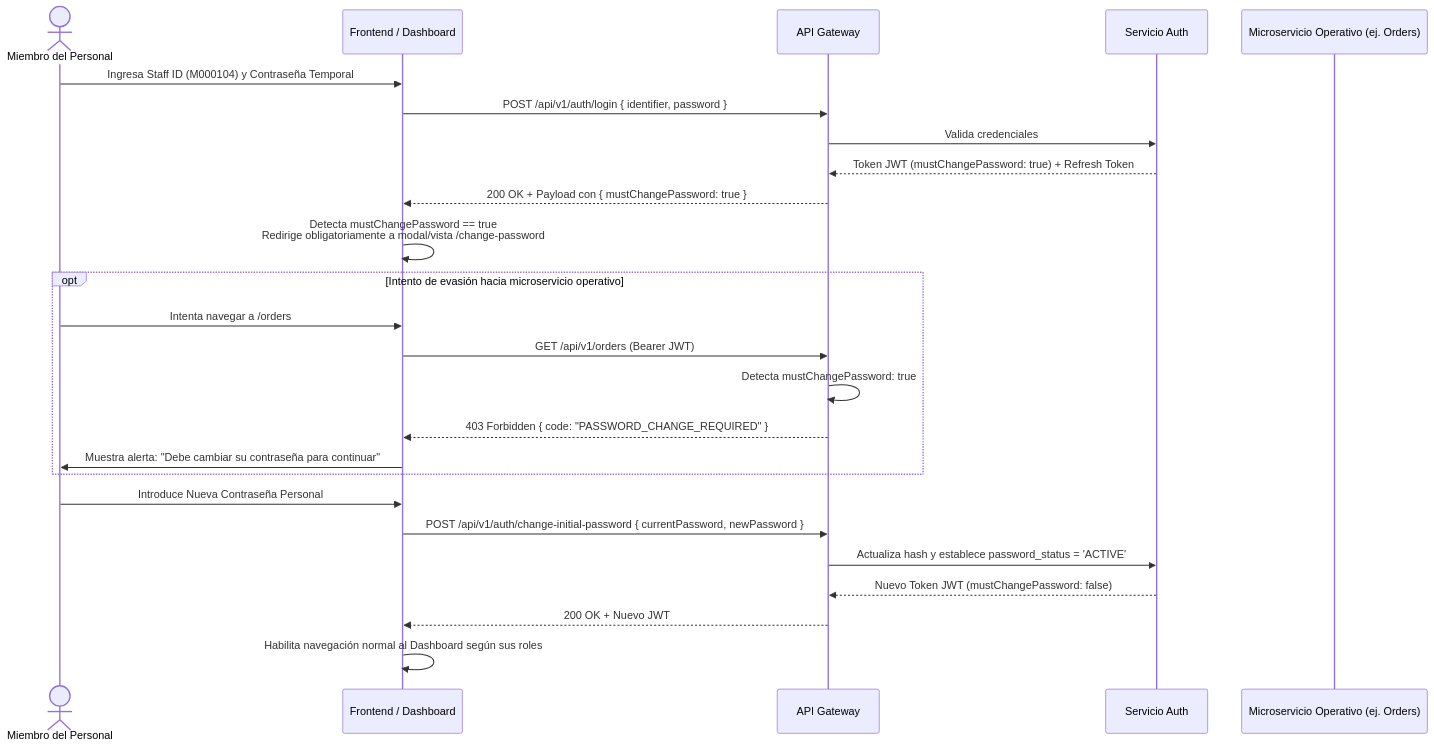
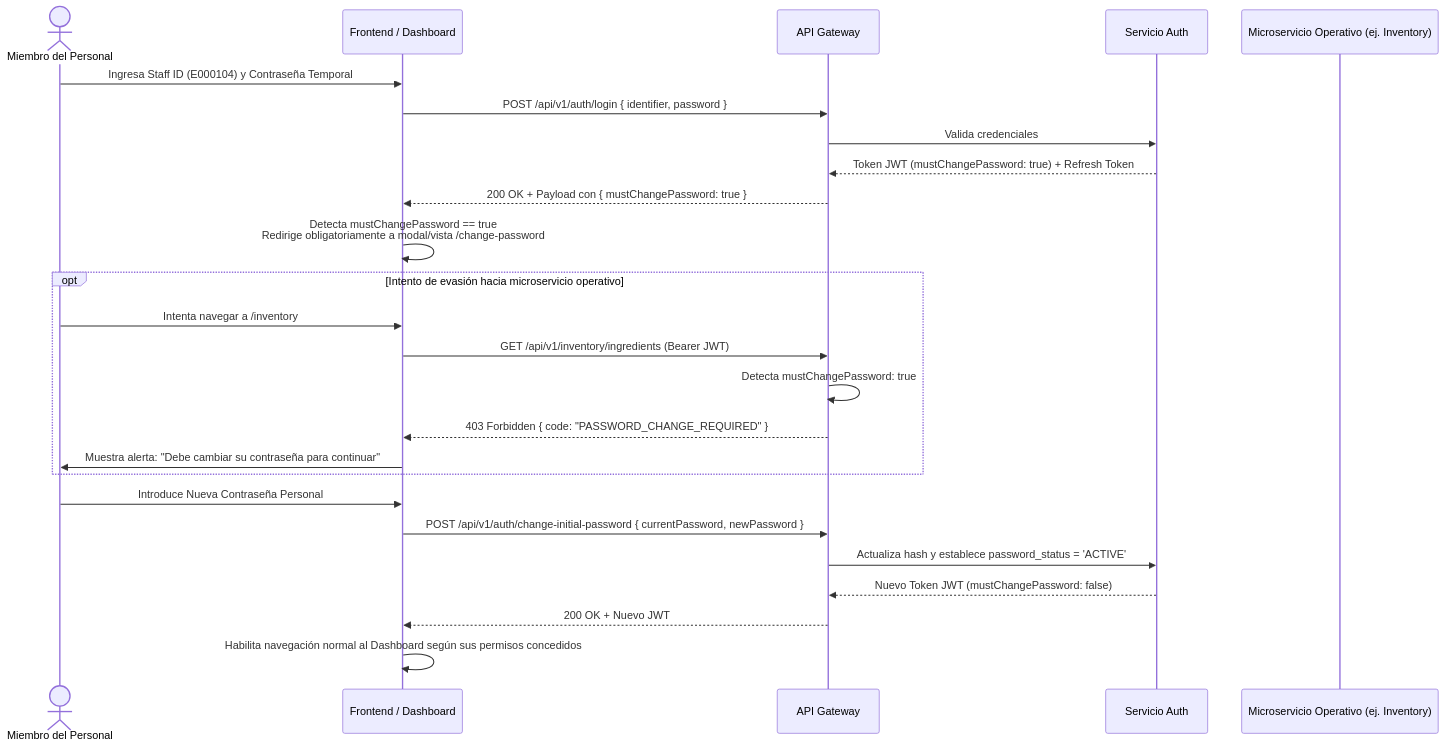
The third of 3 diagrams in output/ers/architecture.md (FMAT-Restaurant/Auth-Documentation), drawn with Mermaid before and after one commit. The commit also changed other lines of this file and 9 other files, not shown here.

````diff
--- a/output/ers/architecture.md
+++ b/output/ers/architecture.md
@@ -195,31 +207,31 @@
 ```mermaid
 sequenceDiagram
     actor Staff as Miembro del Personal
     participant UI as Frontend / Dashboard
     participant GW as API Gateway
     participant Auth as Servicio Auth
-    participant Ops as Microservicio Operativo (ej. Orders)
+    participant Ops as Microservicio Operativo (ej. Inventory)
 
-    Staff->>UI: Ingresa Staff ID (M000104) y Contraseña Temporal
+    Staff->>UI: Ingresa Staff ID (E000104) y Contraseña Temporal
     UI->>GW: POST /api/v1/auth/login { identifier, password }
     GW->>Auth: Valida credenciales
     Auth-->>GW: Token JWT (mustChangePassword: true) + Refresh Token
     GW-->>UI: 200 OK + Payload con { mustChangePassword: true }
 
     UI->>UI: Detecta mustChangePassword == true<br/>Redirige obligatoriamente a modal/vista /change-password
 
     opt Intento de evasión hacia microservicio operativo
-        Staff->>UI: Intenta navegar a /orders
-        UI->>GW: GET /api/v1/orders (Bearer JWT)
+        Staff->>UI: Intenta navegar a /inventory
+        UI->>GW: GET /api/v1/inventory/ingredients (Bearer JWT)
         GW->>GW: Detecta mustChangePassword: true
         GW-->>UI: 403 Forbidden { code: "PASSWORD_CHANGE_REQUIRED" }
         UI->>Staff: Muestra alerta: "Debe cambiar su contraseña para continuar"
     end
 
     Staff->>UI: Introduce Nueva Contraseña Personal
     UI->>GW: POST /api/v1/auth/change-initial-password { currentPassword, newPassword }
     GW->>Auth: Actualiza hash y establece password_status = 'ACTIVE'
     Auth-->>GW: Nuevo Token JWT (mustChangePassword: false)
     GW-->>UI: 200 OK + Nuevo JWT
-    UI->>UI: Habilita navegación normal al Dashboard según sus roles
+    UI->>UI: Habilita navegación normal al Dashboard según sus permisos concedidos
 ```
````
